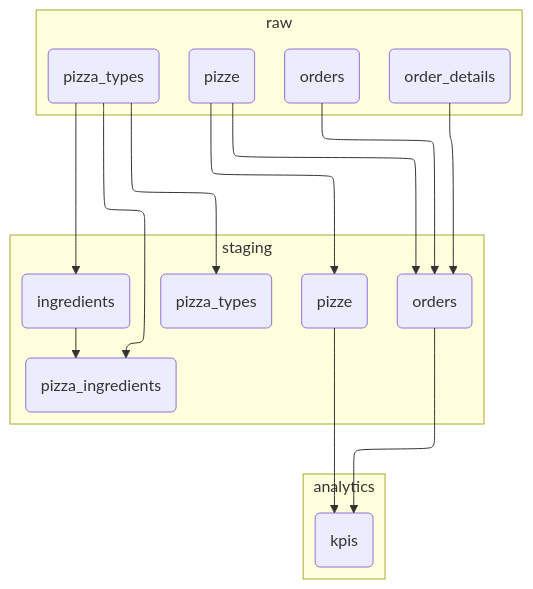
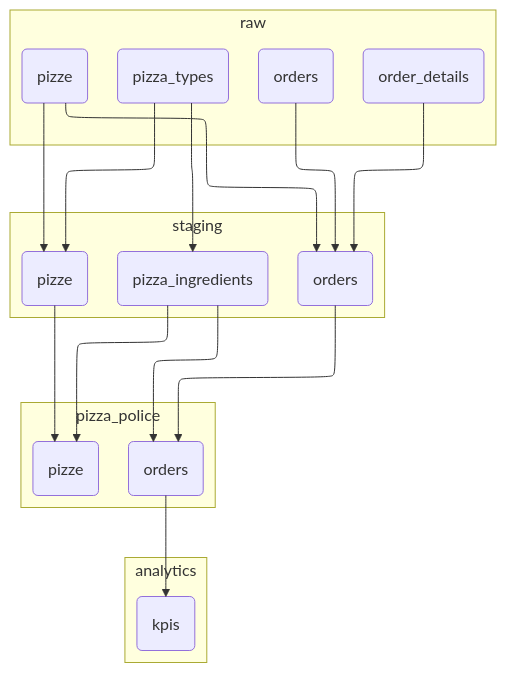
The second of 2 diagrams in docs/README.md (LeonardoNatale/pizza-engineering), drawn with Mermaid before and after one commit. The commit also changed other lines of this file and 10 other files, not shown here.

Commit message:
clean up pizza data, add police layer

````diff
--- a/docs/README.md
+++ b/docs/README.md
@@ -23,36 +26,41 @@
 ```mermaid
 %%{init: {"flowchart": {"defaultRenderer": "elk"}} }%%
 flowchart TB
 
     subgraph analytics
         analytics.kpis(kpis)
+    end
+
+
+    subgraph pizza_police
+        pizza_police.orders(orders)
+        pizza_police.pizze(pizze)
     end
 
 
     subgraph raw
         raw.order_details(order_details)
         raw.orders(orders)
         raw.pizza_types(pizza_types)
         raw.pizze(pizze)
     end
 
 
     subgraph staging
-        staging.ingredients(ingredients)
         staging.orders(orders)
         staging.pizza_ingredients(pizza_ingredients)
-        staging.pizza_types(pizza_types)
         staging.pizze(pizze)
     end
 
-    staging.orders --> analytics.kpis
-    staging.pizze --> analytics.kpis
-    raw.pizza_types --> staging.ingredients
+    pizza_police.orders --> analytics.kpis
+    staging.orders --> pizza_police.orders
+    staging.pizza_ingredients --> pizza_police.orders
+    staging.pizza_ingredients --> pizza_police.pizze
+    staging.pizze --> pizza_police.pizze
     raw.order_details --> staging.orders
     raw.orders --> staging.orders
     raw.pizze --> staging.orders
     raw.pizza_types --> staging.pizza_ingredients
-    staging.ingredients --> staging.pizza_ingredients
-    raw.pizza_types --> staging.pizza_types
+    raw.pizza_types --> staging.pizze
     raw.pizze --> staging.pizze
 ```
````
